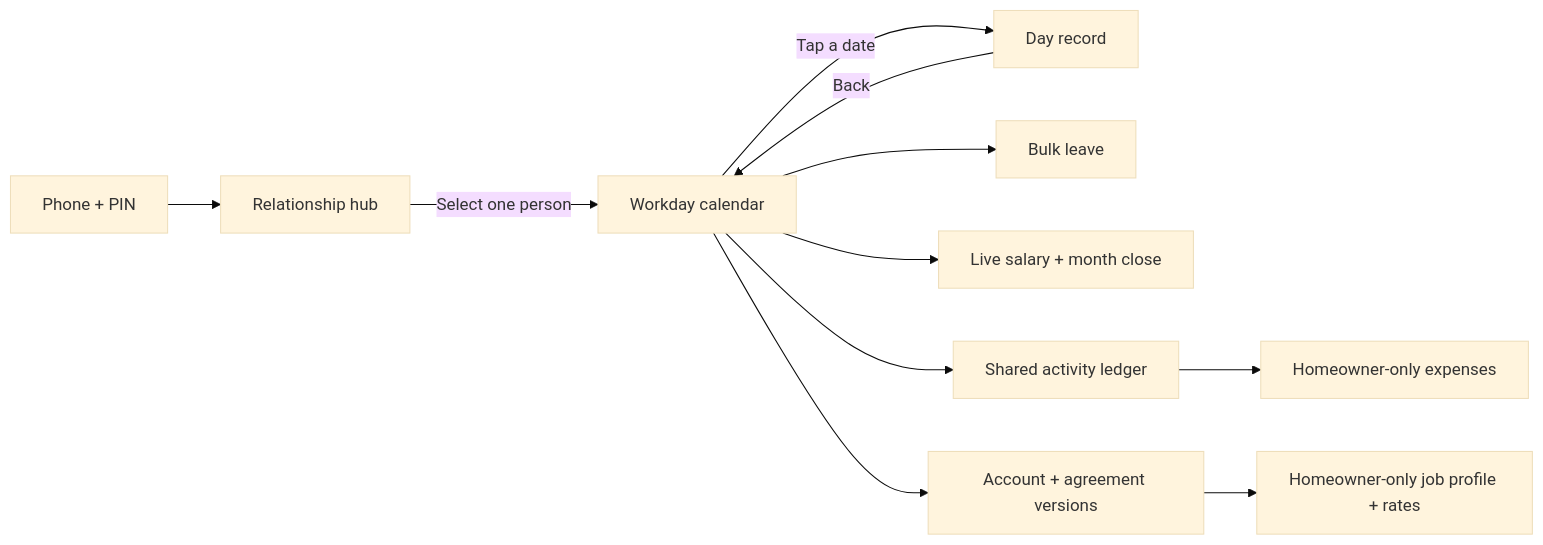
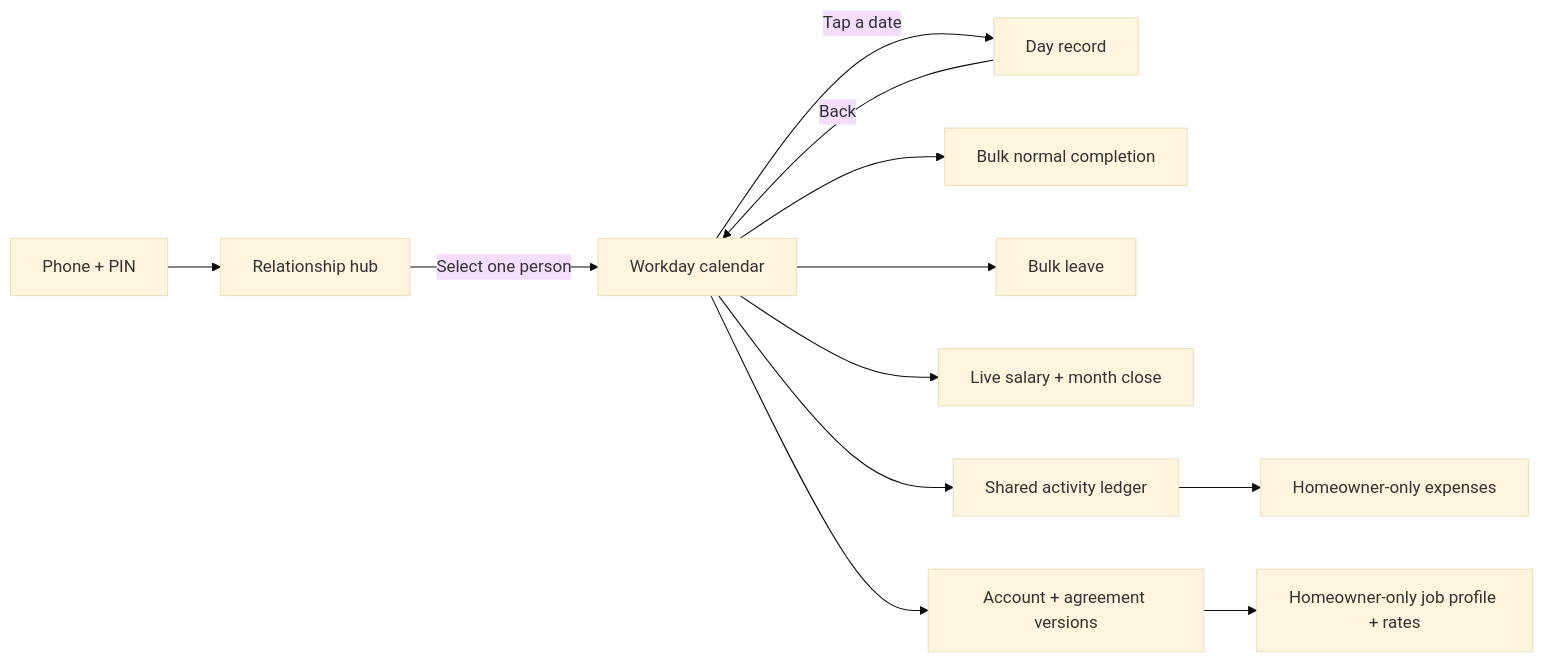
Before and after one commit to thechiranjeevjain/SaafHisaab: the diagram in docs/UX-FIRST-PRINCIPLES-AUDIT.md, drawn with Mermaid (base theme). The commit also changed other lines of this file and 21 other files, not shown here.

````diff
--- a/docs/UX-FIRST-PRINCIPLES-AUDIT.md
+++ b/docs/UX-FIRST-PRINCIPLES-AUDIT.md
@@ -19,13 +19,14 @@
 ```mermaid
 flowchart LR
   LOGIN[Phone + PIN] --> HUB[Relationship hub]
   HUB -->|Select one person| CAL[Workday calendar]
   CAL -->|Tap a date| DAY[Day record]
   DAY -->|Back| CAL
+  CAL --> COMPLETE[Bulk normal completion]
   CAL --> BULK[Bulk leave]
   CAL --> MONTH[Live salary + month close]
   CAL --> ACT[Shared activity ledger]
   ACT --> EXP[Homeowner-only expenses]
   CAL --> ACCOUNT[Account + agreement versions]
   ACCOUNT --> RATES[Homeowner-only job profile + rates]
 ```
````
